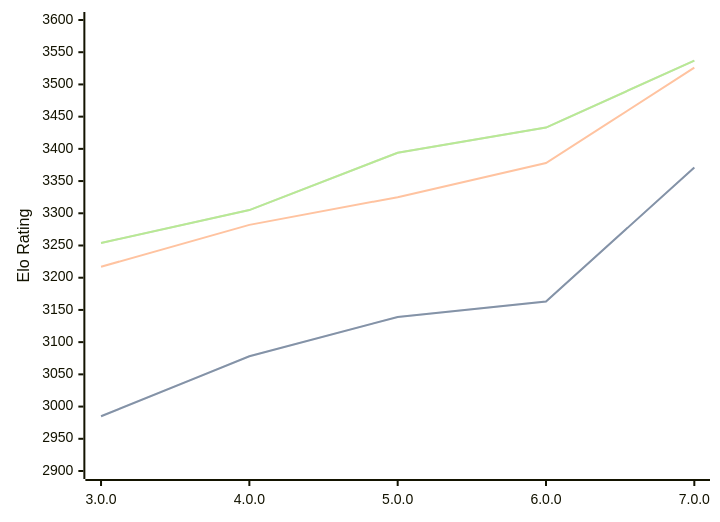
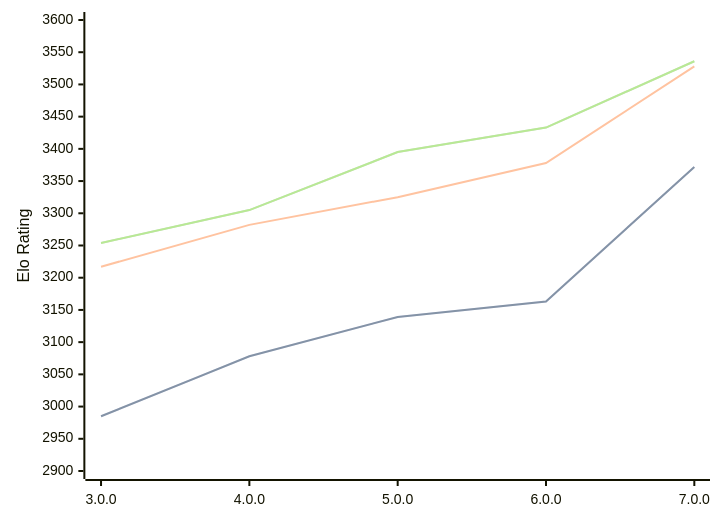
Before and after one commit to computer-chess-index/cci: the diagram in engines/Minke.md, drawn with Mermaid. The commit also changed other lines of this file, not shown here.

Commit message:
Update CCI Ratings (ELO VLTC) - 2026-09-25

````diff
--- a/engines/Minke.md
+++ b/engines/Minke.md
@@ -35,11 +35,11 @@
 ```mermaid
 %%{init: {"theme":"base","themeVariables":{"seriesColors:['#a3a3a3','#222221','#faa371']}}}%%
 xychart-beta
   x-axis ["3.0.0", "4.0.0", "5.0.0", "6.0.0", "7.0.0"]
   y-axis "Elo Rating" 2900 --> 3600
-  line "" [2985, 3078, 3139, 3163, 3371]
-  line "STC (8.0+0.08s)" [2985, 3078, 3139, 3163, 3371]
-  line "LTC (60.0+0.60s)" [3217, 3282, 3325, 3378, 3526]
-  line "" [3254, 3305, 3394, 3433, 3537]
-  line "VLTC (2m24s+1.12s)" [3254, 3305, 3394, 3433, 3537]
+  line "" [2985, 3078, 3139, 3163, 3372]
+  line "STC (8.0+0.08s)" [2985, 3078, 3139, 3163, 3372]
+  line "LTC (60.0+0.60s)" [3217, 3282, 3325, 3378, 3528]
+  line "" [3254, 3305, 3395, 3433, 3536]
+  line "VLTC (2m24s+1.12s)" [3254, 3305, 3395, 3433, 3536]
 ```
````
